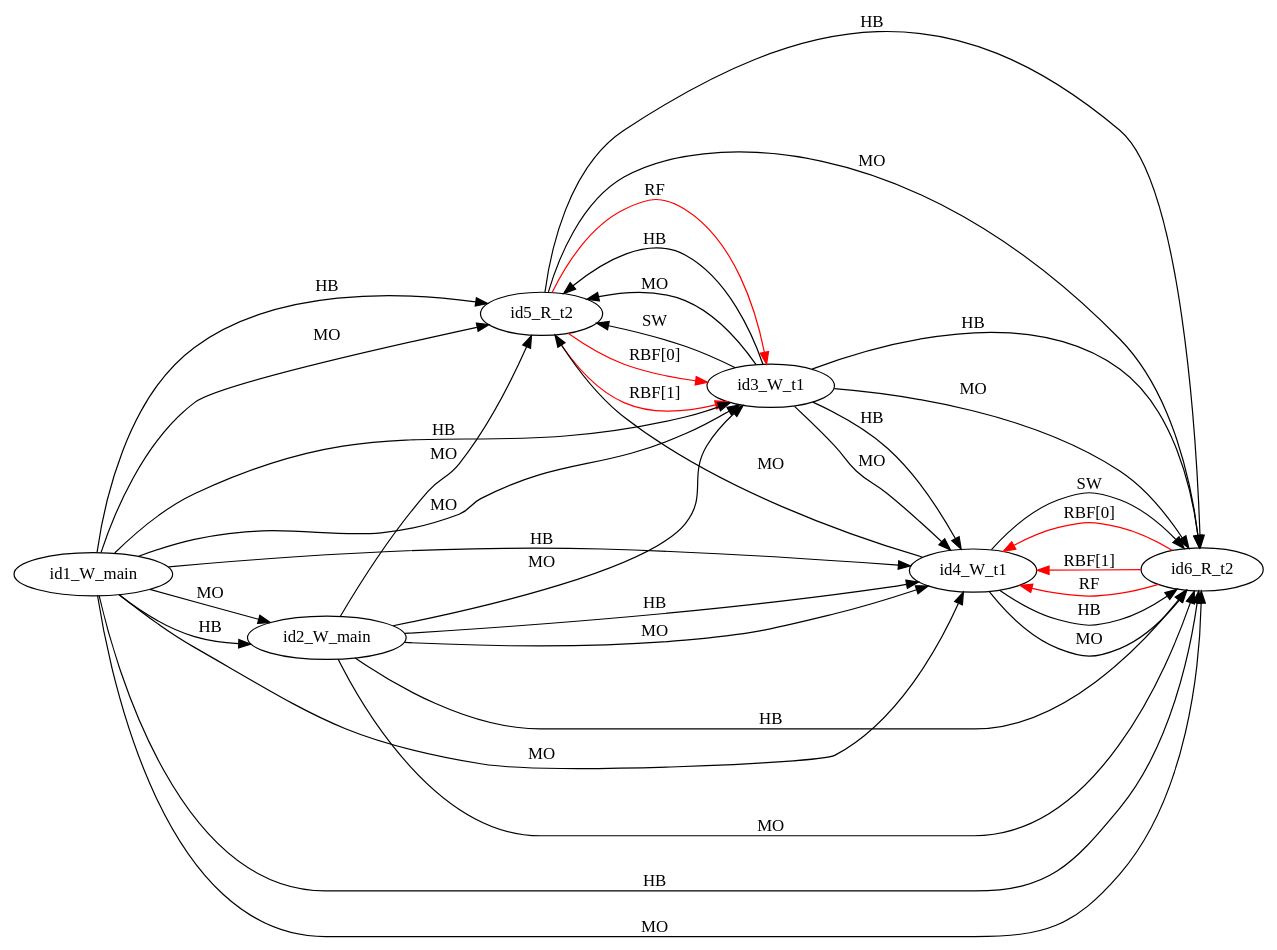
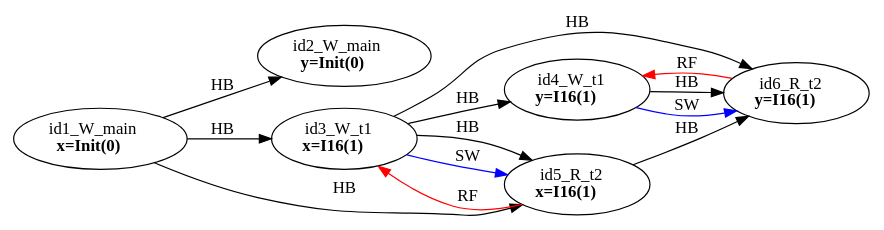
Before and after one commit to FMJS/EMME: the diagram in examples/double_vars/dv_simple01/mm4.dot, drawn with Graphviz. The commit also changed 528 other files, not shown here.

```diff
--- a/examples/double_vars/dv_simple01/mm4.dot
+++ b/examples/double_vars/dv_simple01/mm4.dot
@@ -1,38 +1,22 @@
 digraph memory_model {
 rankdir=LR;
-id5_R_t2 -> id3_W_t1 [label = "RBF[0]", color="red"];
-id5_R_t2 -> id3_W_t1 [label = "RBF[1]", color="red"];
-id6_R_t2 -> id4_W_t1 [label = "RBF[0]", color="red"];
-id6_R_t2 -> id4_W_t1 [label = "RBF[1]", color="red"];
-id5_R_t2 -> id3_W_t1 [label = "RF", color="red"];
-id6_R_t2 -> id4_W_t1 [label = "RF", color="red"];
+splines=true; esep=0.5;
 id1_W_main -> id2_W_main [label = "HB", color="black"];
 id3_W_t1 -> id4_W_t1 [label = "HB", color="black"];
 id5_R_t2 -> id6_R_t2 [label = "HB", color="black"];
 id1_W_main -> id3_W_t1 [label = "HB", color="black"];
-id1_W_main -> id4_W_t1 [label = "HB", color="black"];
 id1_W_main -> id5_R_t2 [label = "HB", color="black"];
-id1_W_main -> id6_R_t2 [label = "HB", color="black"];
-id2_W_main -> id4_W_t1 [label = "HB", color="black"];
-id2_W_main -> id6_R_t2 [label = "HB", color="black"];
 id3_W_t1 -> id5_R_t2 [label = "HB", color="black"];
 id3_W_t1 -> id6_R_t2 [label = "HB", color="black"];
 id4_W_t1 -> id6_R_t2 [label = "HB", color="black"];
-id1_W_main -> id2_W_main [label = "MO", color="black"];
-id3_W_t1 -> id4_W_t1 [label = "MO", color="black"];
-id5_R_t2 -> id6_R_t2 [label = "MO", color="black"];
-id1_W_main -> id3_W_t1 [label = "MO", color="black"];
-id1_W_main -> id4_W_t1 [label = "MO", color="black"];
-id1_W_main -> id5_R_t2 [label = "MO", color="black"];
-id1_W_main -> id6_R_t2 [label = "MO", color="black"];
-id2_W_main -> id3_W_t1 [label = "MO", color="black"];
-id2_W_main -> id4_W_t1 [label = "MO", color="black"];
-id2_W_main -> id5_R_t2 [label = "MO", color="black"];
-id2_W_main -> id6_R_t2 [label = "MO", color="black"];
-id3_W_t1 -> id5_R_t2 [label = "MO", color="black"];
-id3_W_t1 -> id6_R_t2 [label = "MO", color="black"];
-id4_W_t1 -> id5_R_t2 [label = "MO", color="black"];
-id4_W_t1 -> id6_R_t2 [label = "MO", color="black"];
-id3_W_t1 -> id5_R_t2 [label = "SW", color="black"];
-id4_W_t1 -> id6_R_t2 [label = "SW", color="black"];
+id5_R_t2 -> id3_W_t1 [label = "RF", color="red"];
+id6_R_t2 -> id4_W_t1 [label = "RF", color="red"];
+id3_W_t1 -> id5_R_t2 [label = "SW", color="blue"];
+id4_W_t1 -> id6_R_t2 [label = "SW", color="blue"];
+id1_W_main [label=<id1_W_main<br/><B>x=Init(0)</B>>, pos="2.5,4!"]
+id2_W_main [label=<id2_W_main<br/><B>y=Init(0)</B>>, pos="2.5,2!"]
+id3_W_t1 [label=<id3_W_t1<br/><B>x=I16(1)</B>>, pos="0,0!"]
+id4_W_t1 [label=<id4_W_t1<br/><B>y=I16(1)</B>>, pos="0,-2!"]
+id5_R_t2 [label=<id5_R_t2<br/><B>x=I16(1)</B>>, pos="5,0!"]
+id6_R_t2 [label=<id6_R_t2<br/><B>y=I16(1)</B>>, pos="5,-2!"]
 }
```
